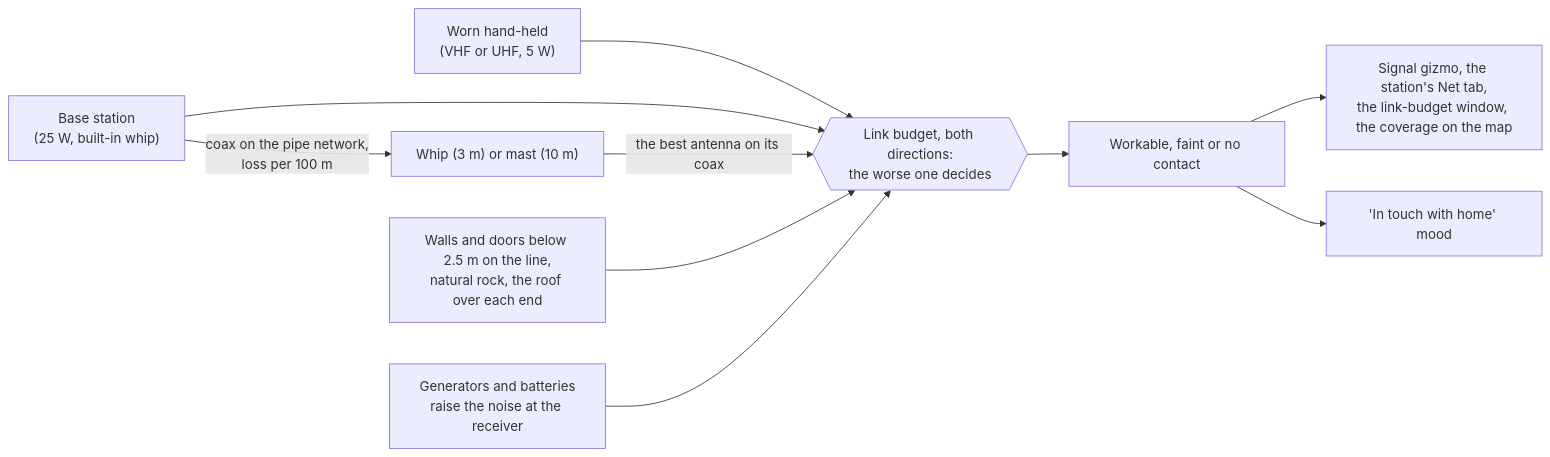
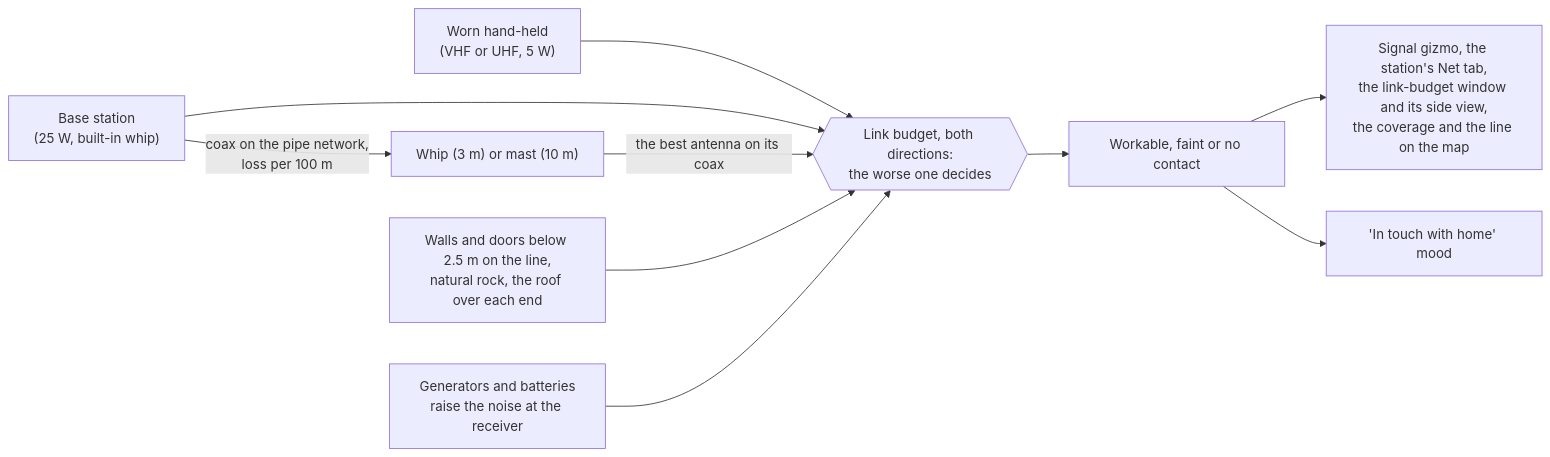
Before and after one commit to phobos-dthorga/phobos-rimworld: the diagram in mods/PhobosRadioFramework/README.md, drawn with Mermaid. The commit also changed other lines of this file and 17 other files, not shown here.

First line of the commit message:
A line from each colonist's radio to its antenna, and the path from the side (Radio Framework 0.3.0)

````diff
--- a/mods/PhobosRadioFramework/README.md
+++ b/mods/PhobosRadioFramework/README.md
@@ -29,12 +29,12 @@
 ```mermaid
 flowchart LR
     Handheld["Worn hand-held<br/>(VHF or UHF, 5 W)"] --> Budget
     Station["Base station<br/>(25 W, built-in whip)"] --> Budget
     Station -- "coax on the pipe network,<br/>loss per 100 m" --> Antenna["Whip (3 m) or mast (10 m)"]
     Antenna -- "the best antenna on its coax" --> Budget
     Obstacles["Walls and doors below 2.5 m on the line,<br/>natural rock, the roof over each end"] --> Budget
     Noise["Generators and batteries<br/>raise the noise at the receiver"] --> Budget
     Budget{{"Link budget, both directions:<br/>the worse one decides"}} --> Outcome["Workable, faint or no contact"]
-    Outcome --> Shown["Signal gizmo, the station's Net tab,<br/>the link-budget window, the coverage on the map"]
+    Outcome --> Shown["Signal gizmo, the station's Net tab,<br/>the link-budget window and its side view,<br/>the coverage and the line on the map"]
     Outcome --> Mood["'In touch with home' mood"]
 ```
````
